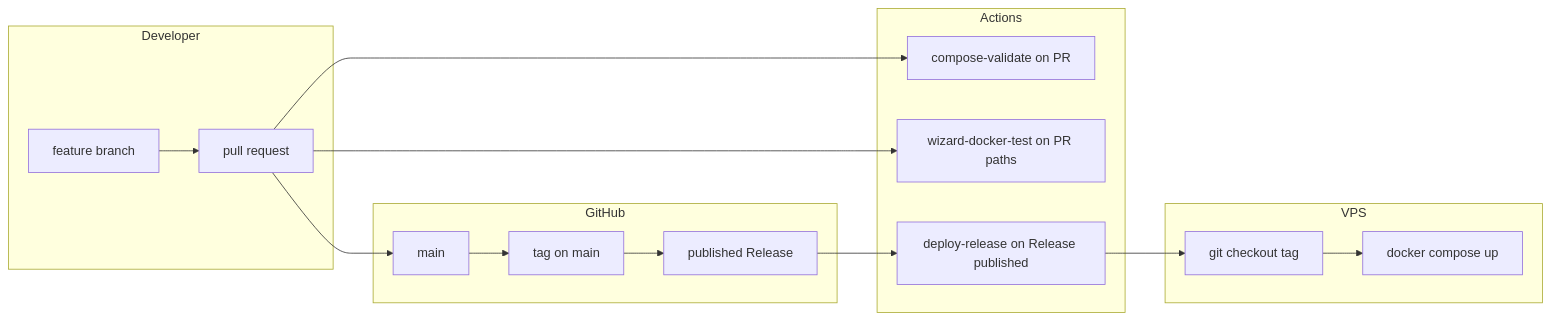
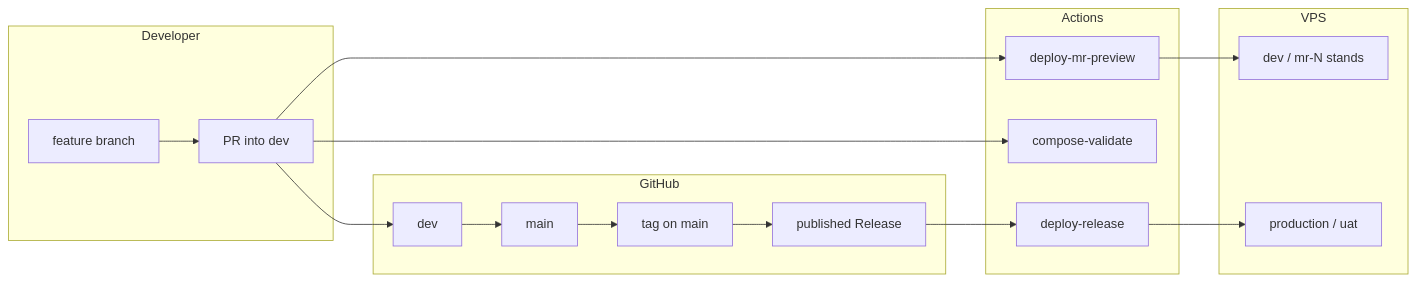
The diagram in docs/github-workflow.md (panov-id/dockerfile-vpn), drawn with Mermaid before and after one commit. The commit also changed other lines of this file and 6 other files, not shown here.

````diff
--- a/docs/github-workflow.md
+++ b/docs/github-workflow.md
@@ -20,26 +20,28 @@
 ```mermaid
 flowchart LR
-  subgraph dev [Developer]
+  subgraph devflow [Developer]
     FB[feature branch]
-    PR[pull request]
+    PR[PR into dev]
   end
   subgraph github [GitHub]
+    D[dev]
     M[main]
     T[tag on main]
     R[published Release]
   end
   subgraph ci [Actions]
-    CV[compose-validate on PR]
-    WT[wizard-docker-test on PR paths]
-    DEP[deploy-release on Release published]
+    MR[deploy-mr-preview]
+    CV[compose-validate]
+    DEP[deploy-release]
   end
   subgraph vps [VPS]
-    GIT[git checkout tag]
-    DC[docker compose up]
+    ST[dev / mr-N stands]
+    PROD[production / uat]
   end
-  FB --> PR --> M
+  FB --> PR --> D
+  PR --> MR --> ST
+  PR --> CV
+  D --> M
   M --> T --> R
-  PR --> CV
-  PR --> WT
-  R --> DEP --> GIT --> DC
+  R --> DEP --> PROD
 ```
````
